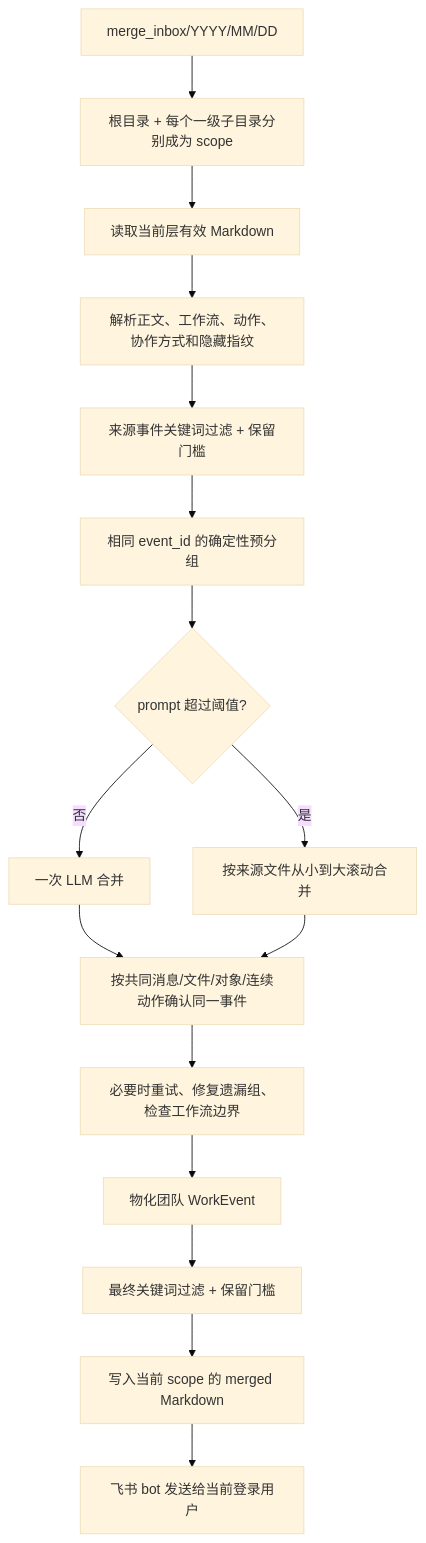
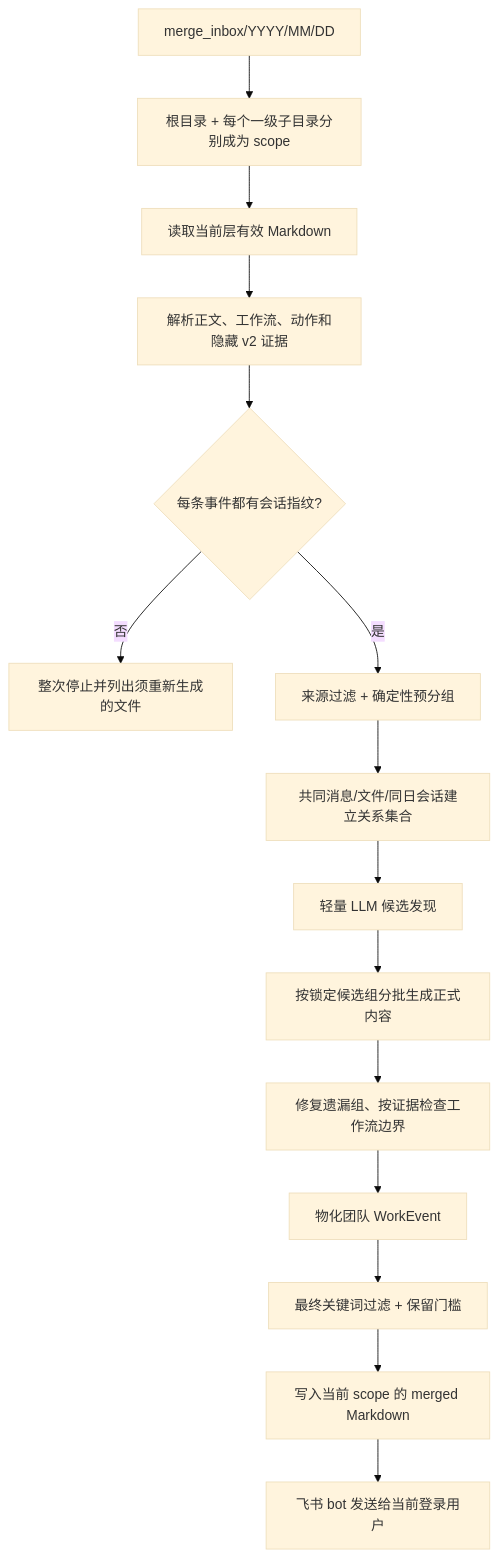
Before and after one commit to sunweisheng/WorkTrace: the third of 3 diagrams in README.md, drawn with Mermaid (base theme). The commit also changed other lines of this file and 33 other files, not shown here.

````diff
--- a/README.md
+++ b/README.md
@@ -177,18 +177,17 @@
 ```mermaid
 flowchart TD
     A["merge_inbox/YYYY/MM/DD"] --> B["根目录 + 每个一级子目录分别成为 scope"]
     B --> C["读取当前层有效 Markdown"]
-    C --> D["解析正文、工作流、动作、协作方式和隐藏指纹"]
-    D --> E["来源事件关键词过滤 + 保留门槛"]
-    E --> F["相同 event_id 的确定性预分组"]
-    F --> G{"prompt 超过阈值?"}
-    G -->|"否"| H["一次 LLM 合并"]
-    G -->|"是"| I["按来源文件从小到大滚动合并"]
-    H --> J["按共同消息/文件/对象/连续动作确认同一事件"]
-    I --> J
-    J --> K["必要时重试、修复遗漏组、检查工作流边界"]
+    C --> D["解析正文、工作流、动作和隐藏 v2 证据"]
+    D --> E{"每条事件都有会话指纹?"}
+    E -->|"否"| X["整次停止并列出须重新生成的文件"]
+    E -->|"是"| F["来源过滤 + 确定性预分组"]
+    F --> G["共同消息/文件/同日会话建立关系集合"]
+    G --> H["轻量 LLM 候选发现"]
+    H --> I["按锁定候选组分批生成正式内容"]
+    I --> K["修复遗漏组、按证据检查工作流边界"]
     K --> L["物化团队 WorkEvent"]
     L --> M["最终关键词过滤 + 保留门槛"]
     M --> N["写入当前 scope 的 merged Markdown"]
     N --> O["飞书 bot 发送给当前登录用户"]
 ```
````
